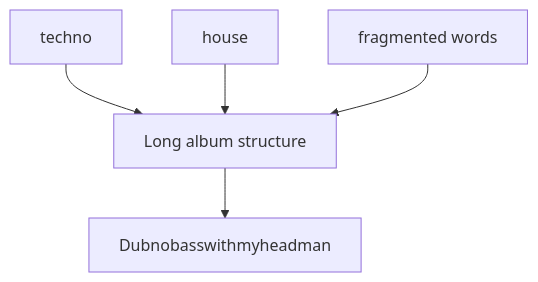
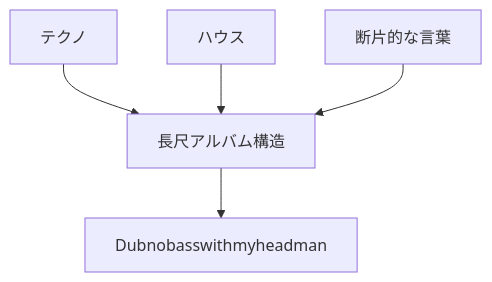
Before and after one commit to monumental-movement/monumental-movement.github.io: the fourth of 10 diagrams in en/_posts/2026-07-03-column-influential-album-07.md, drawn with Mermaid. The commit also changed other lines of this file and 2196 other files, not shown here.

```diff
--- a/en/_posts/2026-07-03-column-influential-album-07.md
+++ b/en/_posts/2026-07-03-column-influential-album-07.md
@@ -789,15 +787,15 @@
 <div class="mermaid">
 flowchart TD
 
-A[techno]
-B[house]
-C[fragmented words]
-D[Long album structure]
+A[テクノ]
+B[ハウス]
+C[断片的な言葉]
+D[長尺アルバム構造]
 E[Dubnobasswithmyheadman]
 
 A --> D
 B --> D
 C --> D
 D --> E
 
 </div>
```
